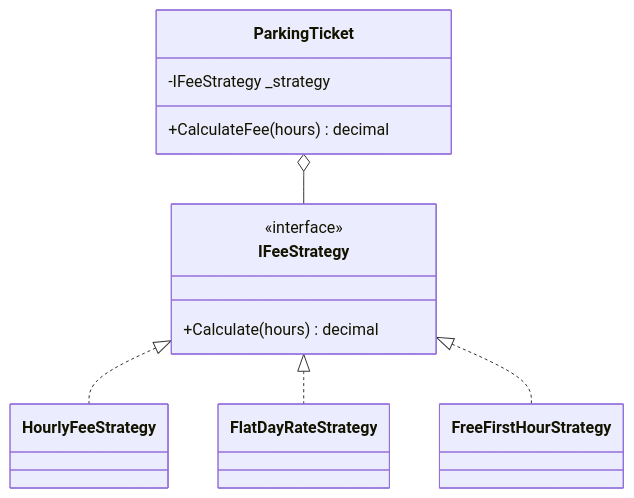
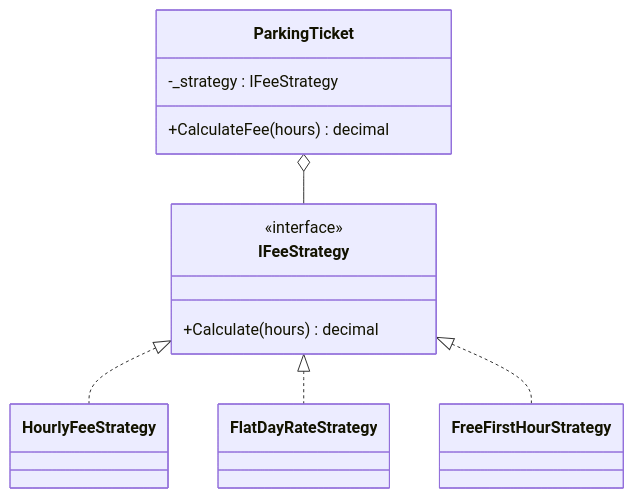
The diagram in 00-Foundations/04-Design-Patterns/Behavioral/Strategy/notes.md (tushardongre1990/LLD-Claude), drawn with Mermaid before and after one commit. The commit also changed 19 other files, not shown here.

First line of the commit message:
docs(00-Foundations): fix mermaid attribute ordering to name : type

````diff
--- a/00-Foundations/04-Design-Patterns/Behavioral/Strategy/notes.md
+++ b/00-Foundations/04-Design-Patterns/Behavioral/Strategy/notes.md
@@ -14,19 +14,19 @@
 ```mermaid
 classDiagram
     class IFeeStrategy {
         <<interface>>
         +Calculate(hours) decimal
     }
     class HourlyFeeStrategy
     class FlatDayRateStrategy
     class FreeFirstHourStrategy
     IFeeStrategy <|.. HourlyFeeStrategy
     IFeeStrategy <|.. FlatDayRateStrategy
     IFeeStrategy <|.. FreeFirstHourStrategy
 
     class ParkingTicket {
-        -IFeeStrategy _strategy
+        -_strategy : IFeeStrategy
         +CalculateFee(hours) decimal
     }
     ParkingTicket o-- IFeeStrategy
 ```
````
